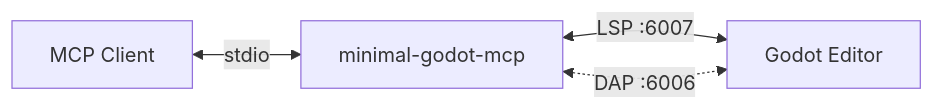
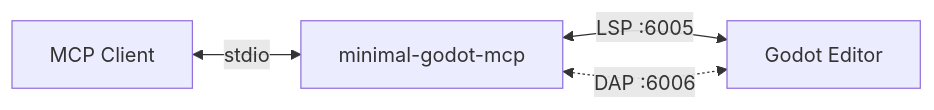
Before and after one commit to ryanmazzolini/minimal-godot-mcp: the diagram in README.md, drawn with Mermaid. The commit also changed other lines of this file and 4 other files, not shown here.

````diff
--- a/README.md
+++ b/README.md
@@ -191,6 +191,6 @@
 ```mermaid
 flowchart LR
     MCP[MCP Client] <-->|stdio| Server[minimal-godot-mcp]
-    Server <-->|LSP :6007| Godot[Godot Editor]
+    Server <-->|LSP :6005| Godot[Godot Editor]
     Server <-.->|DAP :6006| Godot
 ```
````
